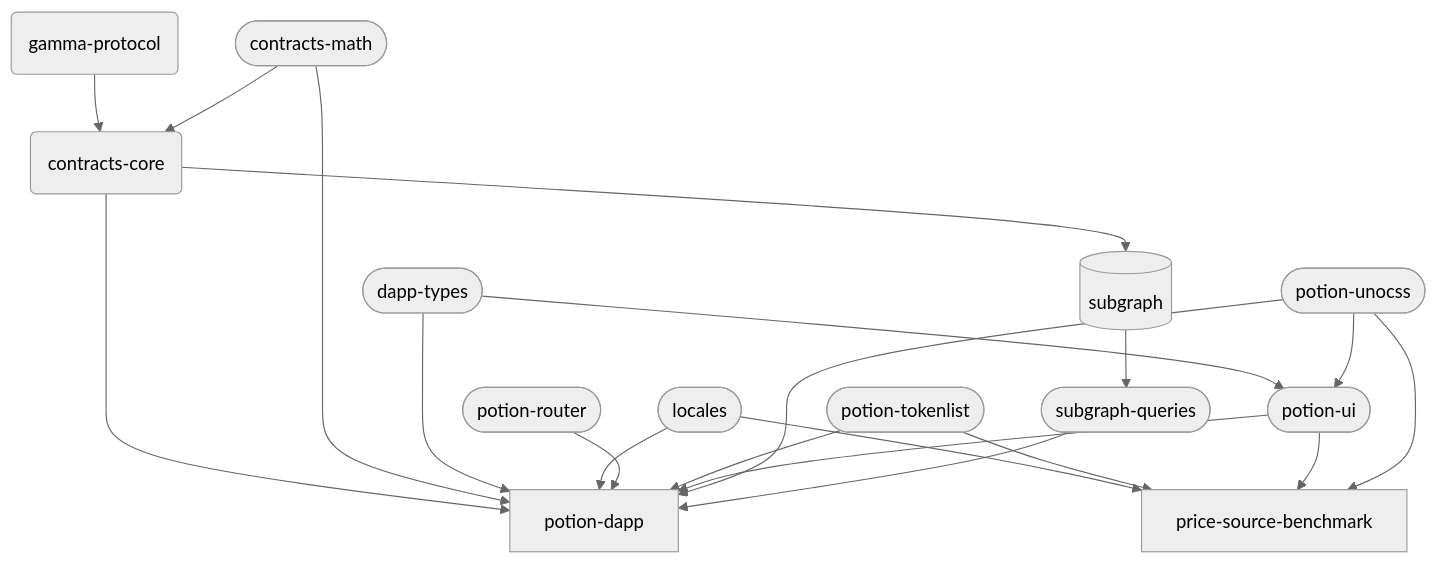
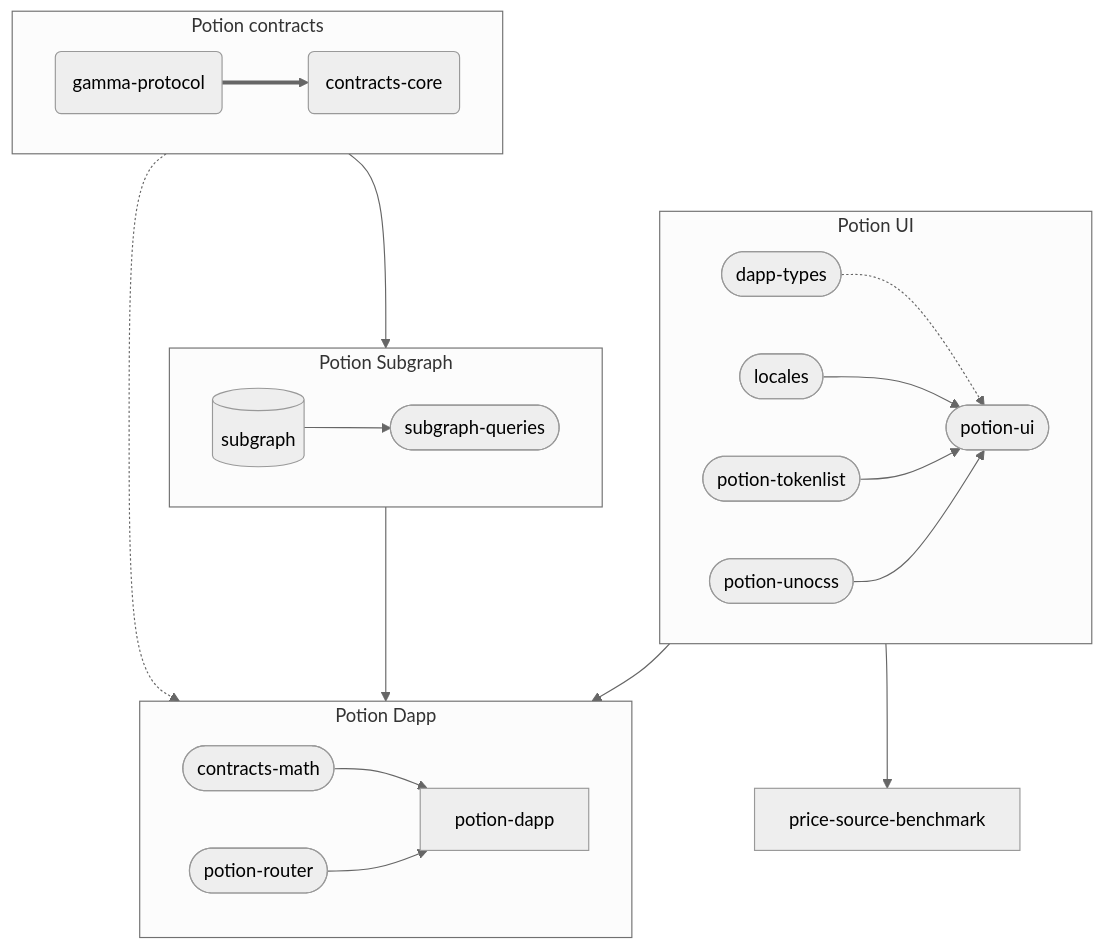
Before and after one commit to ntropika-labs/potion-protocol: the diagram in README.md, drawn with Mermaid (neutral theme).

Commit message:
docs: organize the monorepo overview with subgraphs

````diff
--- a/README.md
+++ b/README.md
@@ -214,35 +214,37 @@
 ```mermaid
     graph TD;
       A[potion-dapp]
       B[price-source-benchmark]
       C[(subgraph)]
       D(contracts-core)
       E(gamma-protocol)
       F([contracts-math])
       G([dapp-types])
       H([locales])
       I([potion-router])
       J([potion-tokenlist])
       K([potion-ui])
       L([potion-unocss])
-      M([subgraph-queries])
-      C --> M
-      D --> A
-      D --> C
-      E --> D
-      F --> A
-      F --> D
-      G --> A
-      G --> K
-      H --> A
-      H --> B
-      I --> A
-      J --> A
-      J --> B
-      K --> A
-      K --> B
-      L --> A
-      L --> B
-      L --> K
-      M --> A
+      M([subgraph-queries])  
+      subgraph PC[Potion contracts]
+        E ==> D
+      end
+      subgraph PD[Potion Dapp]
+        F --> A
+        I --> A
+      end
+      subgraph PS[Potion Subgraph]
+        C --> M
+      end
+      subgraph PU[Potion UI]
+        G -.-> K
+        H --> K
+        J --> K
+        L --> K
+      end
+      PC -.-> PD
+      PC --> PS
+      PS --> PD
+      PU --> B
+      PU --> PD
 ```
````
